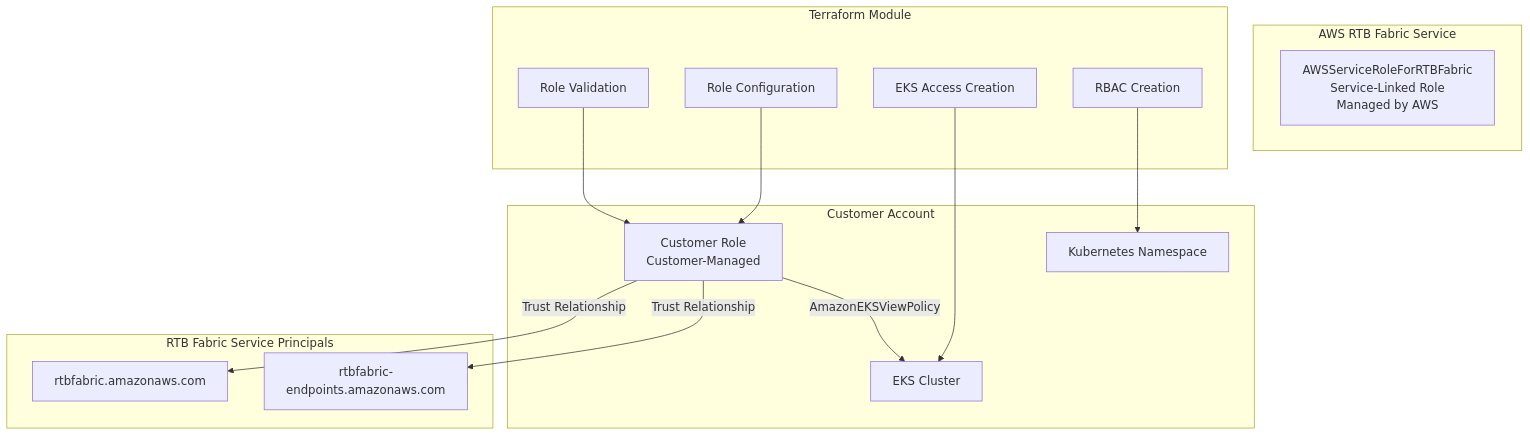
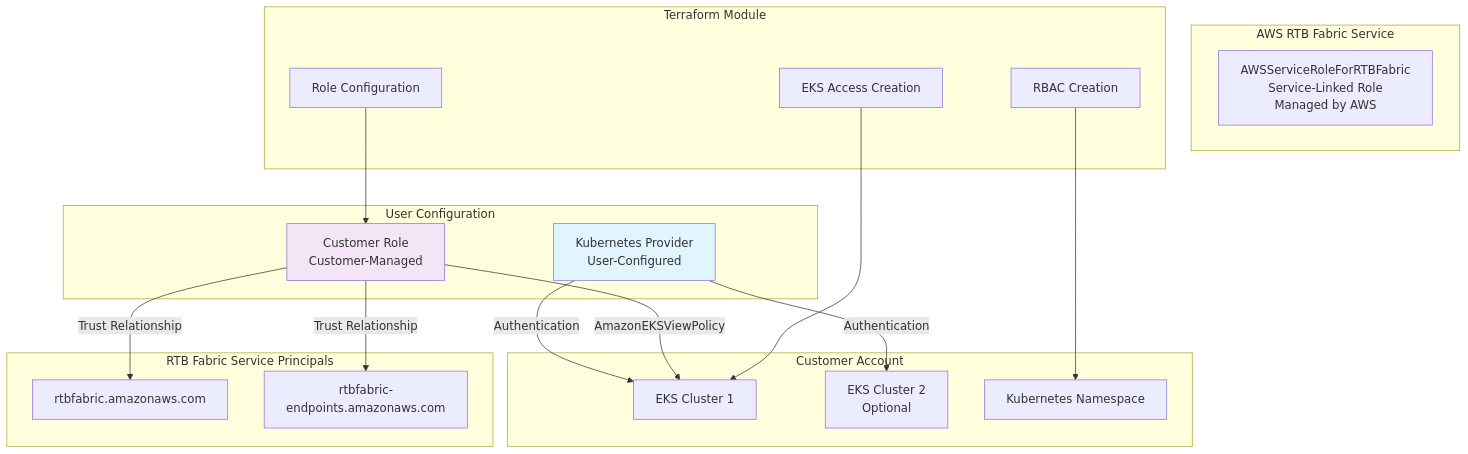
The diagram in .kiro/specs/rtb-fabric-eks-refactor/design.md (awslabs/rtb-fabric-terraform-module), drawn with Mermaid before and after one commit. The commit also changed other lines of this file and 22 other files, not shown here.

````diff
--- a/.kiro/specs/rtb-fabric-eks-refactor/design.md
+++ b/.kiro/specs/rtb-fabric-eks-refactor/design.md
@@ -22,32 +28,40 @@
 ```mermaid
 graph TB
+    subgraph "User Configuration"
+        KP[Kubernetes Provider<br/>User-Configured]
+        CR[Customer Role<br/>Customer-Managed]
+    end
+    
     subgraph "AWS RTB Fabric Service"
         SLR[AWSServiceRoleForRTBFabric<br/>Service-Linked Role<br/>Managed by AWS]
     end
     
     subgraph "Customer Account"
-        CR[Customer Role<br/>Customer-Managed]
-        EKS[EKS Cluster]
+        EKS1[EKS Cluster 1]
+        EKS2[EKS Cluster 2<br/>Optional]
         NS[Kubernetes Namespace]
     end
     
     subgraph "Terraform Module"
-        VAL[Role Validation]
         CONFIG[Role Configuration]
         ACCESS[EKS Access Creation]
         RBAC[RBAC Creation]
     end
     
     subgraph "RTB Fabric Service Principals"
         SP1[rtbfabric.amazonaws.com]
         SP2[rtbfabric-endpoints.amazonaws.com]
     end
     
+    KP --> |Authentication| EKS1
+    KP --> |Authentication| EKS2
     CR --> |Trust Relationship| SP1
     CR --> |Trust Relationship| SP2
-    CR --> |AmazonEKSViewPolicy| EKS
+    CR --> |AmazonEKSViewPolicy| EKS1
     CONFIG --> CR
-    ACCESS --> EKS
+    ACCESS --> EKS1
     RBAC --> NS
-    VAL --> CR
+    
+    style KP fill:#e1f5fe
+    style CR fill:#f3e5f5
 ```
````
